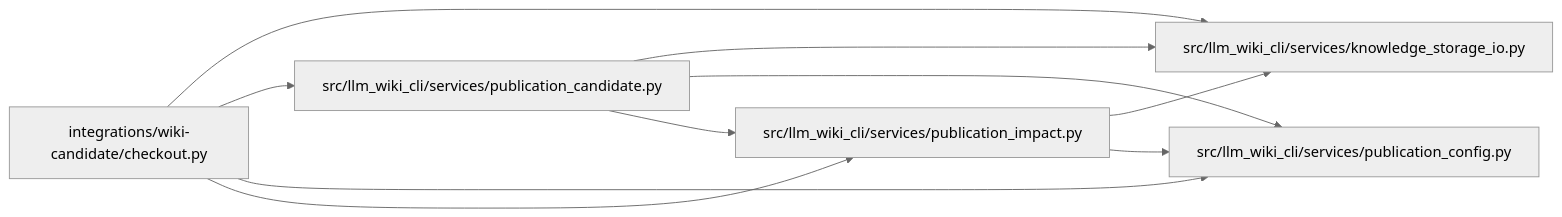
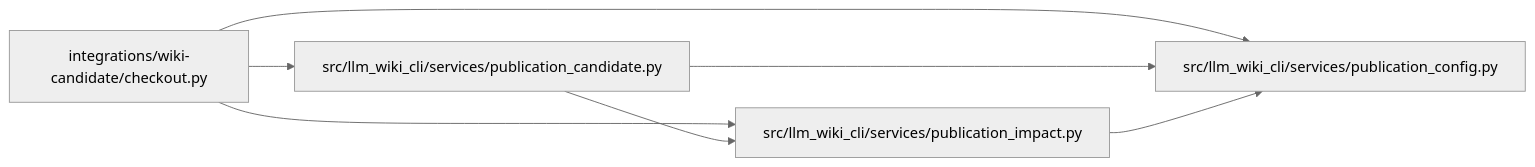
One commit to Denissvgn/python-wiki-llm changed the diagram in docs/llm_wiki/modules/checkout.md. Above: the diagram before and after it, drawn with Mermaid (neutral theme). The commit also changed other lines of this file and 1058 other files, not shown here.

First line of the commit message:
docs: refresh the wiki for the knowledge store move

````diff
--- a/docs/llm_wiki/modules/checkout.md
+++ b/docs/llm_wiki/modules/checkout.md
@@ -29,22 +29,17 @@
 ```mermaid
 flowchart LR
     n0["integrations/wiki-candidate/checkout.py"]
-    n1["src/llm_wiki_cli/services/knowledge_storage_io.py"]
-    n2["src/llm_wiki_cli/services/publication_candidate.py"]
-    n3["src/llm_wiki_cli/services/publication_config.py"]
-    n4["src/llm_wiki_cli/services/publication_impact.py"]
+    n1["src/llm_wiki_cli/services/publication_candidate.py"]
+    n2["src/llm_wiki_cli/services/publication_config.py"]
+    n3["src/llm_wiki_cli/services/publication_impact.py"]
     n0 --> n1
     n0 --> n2
     n0 --> n3
-    n0 --> n4
-    n2 --> n1
-    n2 --> n3
-    n2 --> n4
-    n4 --> n1
-    n4 --> n3
+    n1 --> n2
+    n1 --> n3
+    n3 --> n2
     click n0 "../modules/checkout.md"
-    click n1 "../modules/knowledge_storage_io.md"
-    click n2 "../modules/publication_candidate.md"
-    click n3 "../modules/publication_config.md"
-    click n4 "../modules/publication_impact.md"
+    click n1 "../modules/publication_candidate.md"
+    click n2 "../modules/publication_config.md"
+    click n3 "../modules/publication_impact.md"
 ```
````
